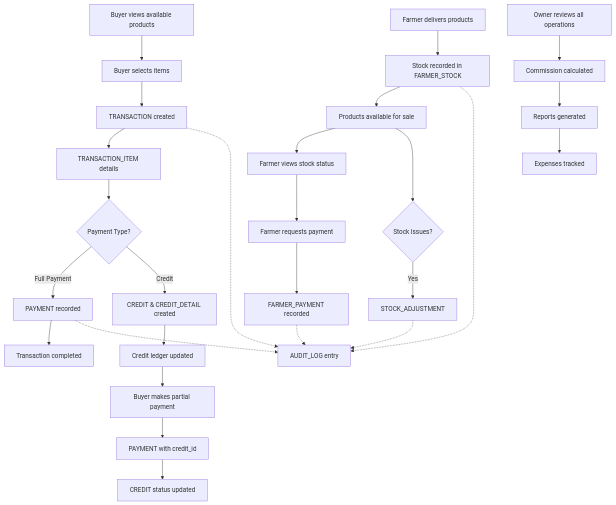
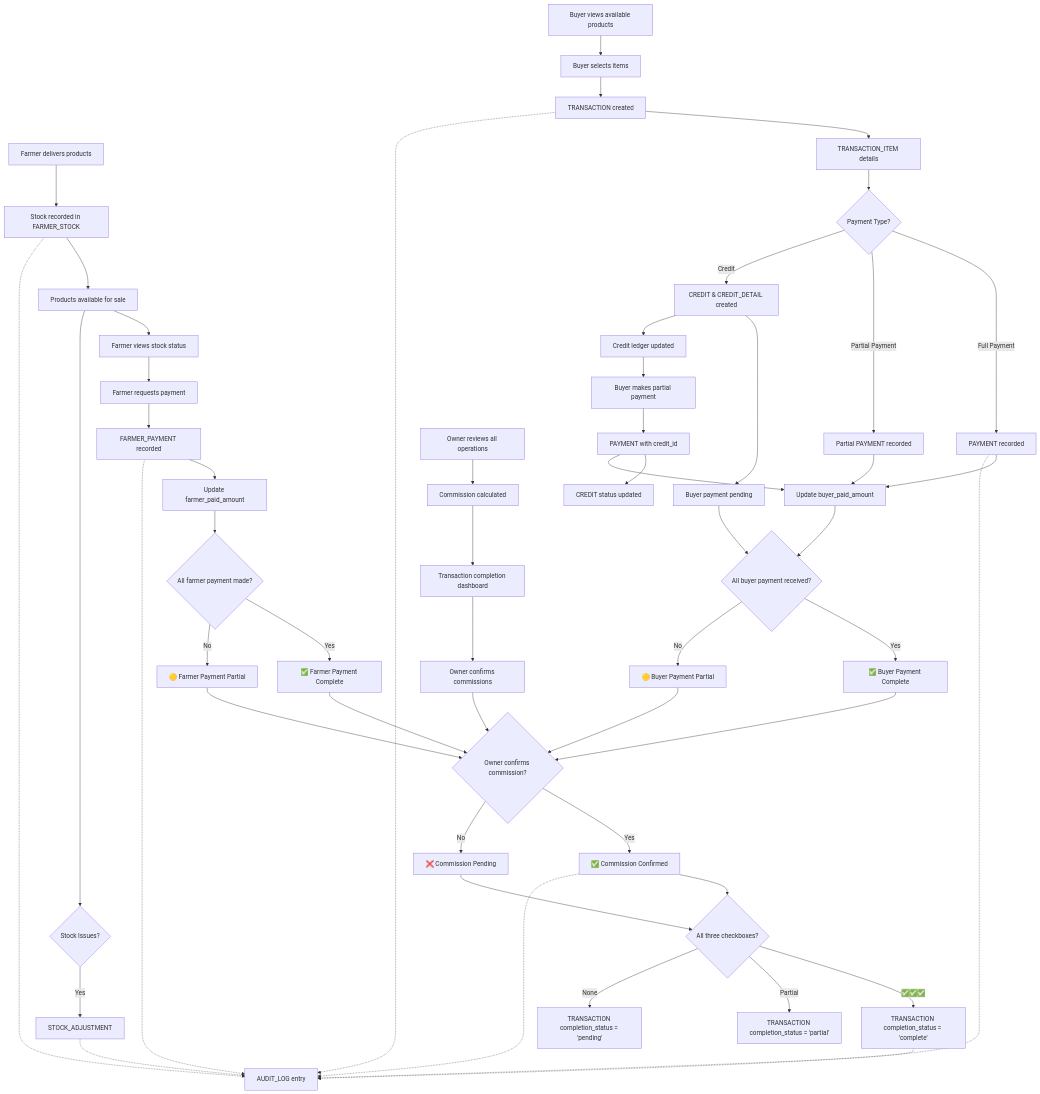
Before and after one commit to manojry/kisaanCenter: the second of 2 diagrams in Documents/Architecture/ERD.md, drawn with Mermaid. The commit also changed other lines of this file and 7 other files, not shown here.

````diff
--- a/Documents/Architecture/ERD.md
+++ b/Documents/Architecture/ERD.md
@@ -228,41 +232,76 @@
 ```mermaid
 flowchart TD
     %% Farmer Operations
     F1[Farmer delivers products] --> F2[Stock recorded in FARMER_STOCK]
     F2 --> F3[Products available for sale]
     F3 --> F4[Farmer views stock status]
     F4 --> F5[Farmer requests payment]
     F5 --> F6[FARMER_PAYMENT recorded]
 
     %% Buyer Operations  
     B1[Buyer views available products] --> B2[Buyer selects items]
     B2 --> B3[TRANSACTION created]
     B3 --> B4[TRANSACTION_ITEM details]
     B4 --> B5{Payment Type?}
     
     B5 -->|Full Payment| B6[PAYMENT recorded]
+    B5 -->|Partial Payment| B6A[Partial PAYMENT recorded]
     B5 -->|Credit| B7[CREDIT & CREDIT_DETAIL created]
-    B6 --> B8[Transaction completed]
-    B7 --> B9[Credit ledger updated]
+    
+    %% Transaction Completion Workflow
+    B6 --> TC1[Update buyer_paid_amount]
+    B6A --> TC1
+    B7 --> TC2[Buyer payment pending]
+    
+    TC1 --> TC3{All buyer payment received?}
+    TC2 --> TC3
+    TC3 -->|Yes| TC4[✅ Buyer Payment Complete]
+    TC3 -->|No| TC5[🟡 Buyer Payment Partial]
+    
+    %% Farmer Payment Flow
+    F6 --> TC6[Update farmer_paid_amount]
+    TC6 --> TC7{All farmer payment made?}
+    TC7 -->|Yes| TC8[✅ Farmer Payment Complete]
+    TC7 -->|No| TC9[🟡 Farmer Payment Partial]
+    
+    %% Commission Confirmation
+    TC4 --> TC10{Owner confirms commission?}
+    TC5 --> TC10
+    TC8 --> TC10
+    TC9 --> TC10
+    TC10 -->|Yes| TC11[✅ Commission Confirmed]
+    TC10 -->|No| TC12[❌ Commission Pending]
+    
+    %% Final Transaction Status
+    TC11 --> TC13{All three checkboxes?}
+    TC12 --> TC13
+    TC13 -->|✅✅✅| TC14[TRANSACTION completion_status = 'complete']
+    TC13 -->|Partial| TC15[TRANSACTION completion_status = 'partial']
+    TC13 -->|None| TC16[TRANSACTION completion_status = 'pending']
     
     %% Credit Management
+    B7 --> B9[Credit ledger updated]
     B9 --> B10[Buyer makes partial payment]
     B10 --> B11[PAYMENT with credit_id]
     B11 --> B12[CREDIT status updated]
+    B11 --> TC1
 
     %% Owner Operations
     O1[Owner reviews all operations] --> O2[Commission calculated]
-    O2 --> O3[Reports generated]
-    O3 --> O4[Expenses tracked]
+    O2 --> O3[Transaction completion dashboard]
+    O3 --> O4[Owner confirms commissions]
+    O4 --> TC10
     
     %% Audit Trail
     F2 -.-> A1[AUDIT_LOG entry]
     B3 -.-> A1
     B6 -.-> A1
     F6 -.-> A1
+    TC11 -.-> A1
+    TC14 -.-> A1
     
     %% Stock Adjustments
     F3 --> S1{Stock Issues?}
     S1 -->|Yes| S2[STOCK_ADJUSTMENT]
     S2 -.-> A1
 ```
````
